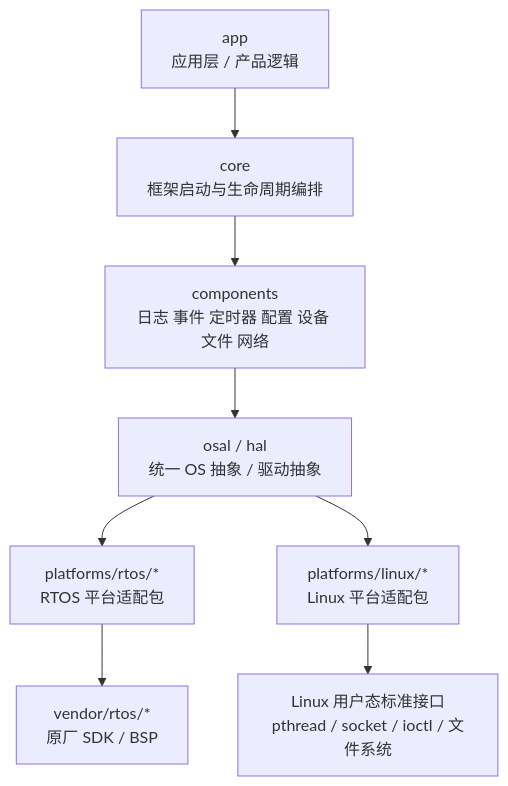
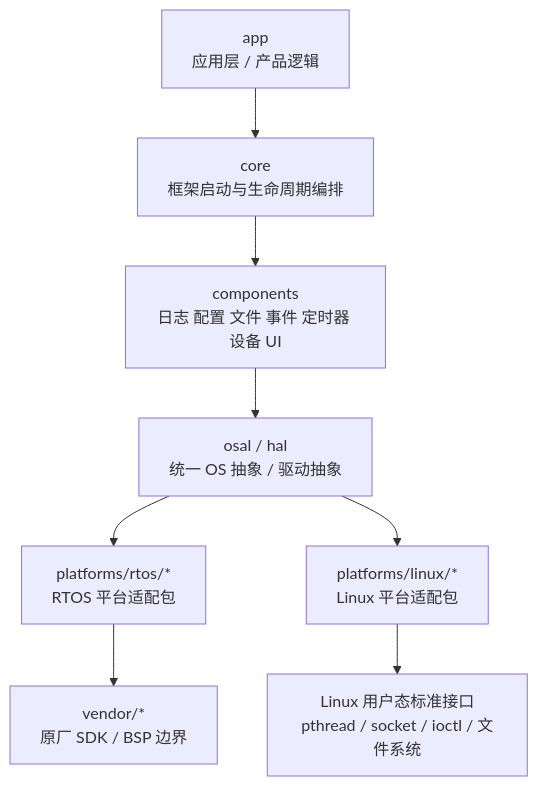
Before and after one commit to baotouyu/embedded-platform-core: the diagram in README.md, drawn with Mermaid. The commit also changed other lines of this file and 10 other files, not shown here.

````diff
--- a/README.md
+++ b/README.md
@@ -34,19 +34,19 @@
 ```mermaid
 flowchart TD
     A[app<br/>应用层 / 产品逻辑]
     B[core<br/>框架启动与生命周期编排]
-    C[components<br/>日志 事件 定时器 配置 设备 文件 网络]
+    C[components<br/>日志 配置 文件 事件 定时器 设备 UI]
     D[osal / hal<br/>统一 OS 抽象 / 驱动抽象]
     E1[platforms/rtos/*<br/>RTOS 平台适配包]
     E2[platforms/linux/*<br/>Linux 平台适配包]
-    F1[vendor/rtos/*<br/>原厂 SDK / BSP]
+    F1[vendor/*<br/>原厂 SDK / BSP 边界]
     F2[Linux 用户态标准接口<br/>pthread / socket / ioctl / 文件系统]
 
     A --> B
     B --> C
     C --> D
     D --> E1
     D --> E2
     E1 --> F1
     E2 --> F2
 ```
````
